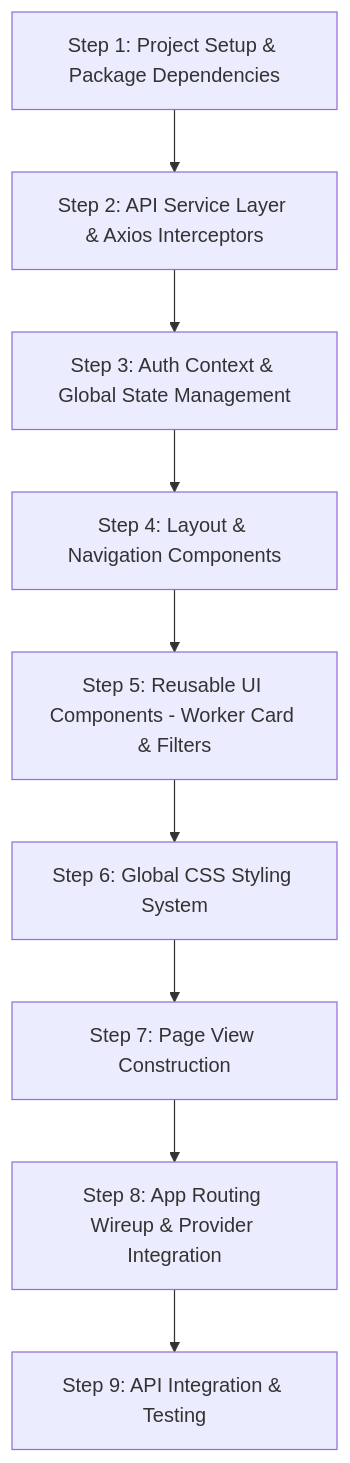
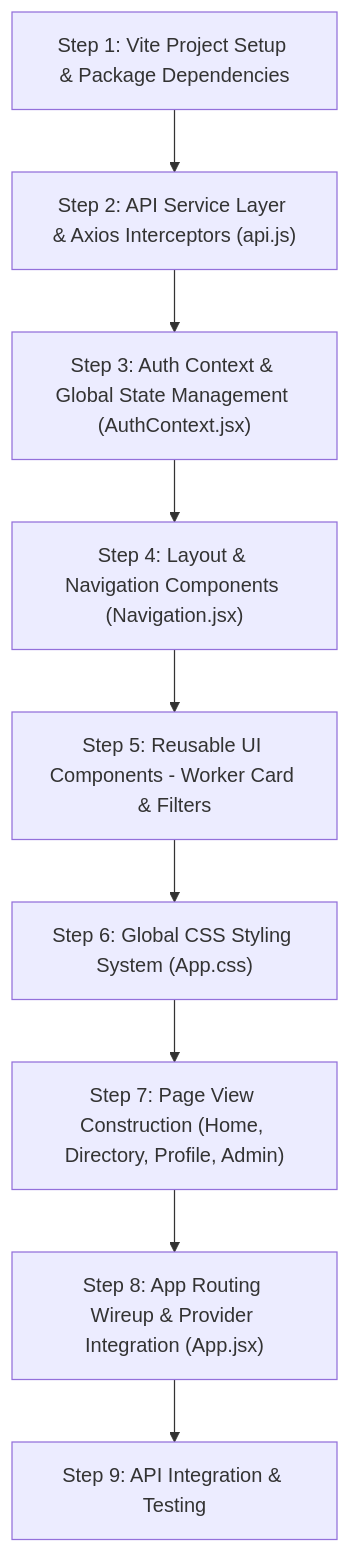
Before and after one commit to arif-z04/KajBazar: the diagram in docs/Frontend-guide.md, drawn with Mermaid. The commit also changed other lines of this file and 92 other files, not shown here.

````diff
--- a/docs/Frontend-guide.md
+++ b/docs/Frontend-guide.md
@@ -19,11 +20,11 @@
 ```mermaid
 flowchart TD
-    S1[Step 1: Project Setup & Package Dependencies] --> S2[Step 2: API Service Layer & Axios Interceptors]
-    S2 --> S3[Step 3: Auth Context & Global State Management]
-    S3 --> S4[Step 4: Layout & Navigation Components]
-    S4 --> S5[Step 5: Reusable UI Components - Worker Card & Filters]
-    S5 --> S6[Step 6: Global CSS Styling System]
-    S6 --> S7[Step 7: Page View Construction]
-    S7 --> S8[Step 8: App Routing Wireup & Provider Integration]
-    S8 --> S9[Step 9: API Integration & Testing]
+    S1["Step 1: Vite Project Setup & Package Dependencies"] --> S2["Step 2: API Service Layer & Axios Interceptors (api.js)"]
+    S2 --> S3["Step 3: Auth Context & Global State Management (AuthContext.jsx)"]
+    S3 --> S4["Step 4: Layout & Navigation Components (Navigation.jsx)"]
+    S4 --> S5["Step 5: Reusable UI Components - Worker Card & Filters"]
+    S5 --> S6["Step 6: Global CSS Styling System (App.css)"]
+    S6 --> S7["Step 7: Page View Construction (Home, Directory, Profile, Admin)"]
+    S7 --> S8["Step 8: App Routing Wireup & Provider Integration (App.jsx)"]
+    S8 --> S9["Step 9: API Integration & Testing"]
 ```
````
